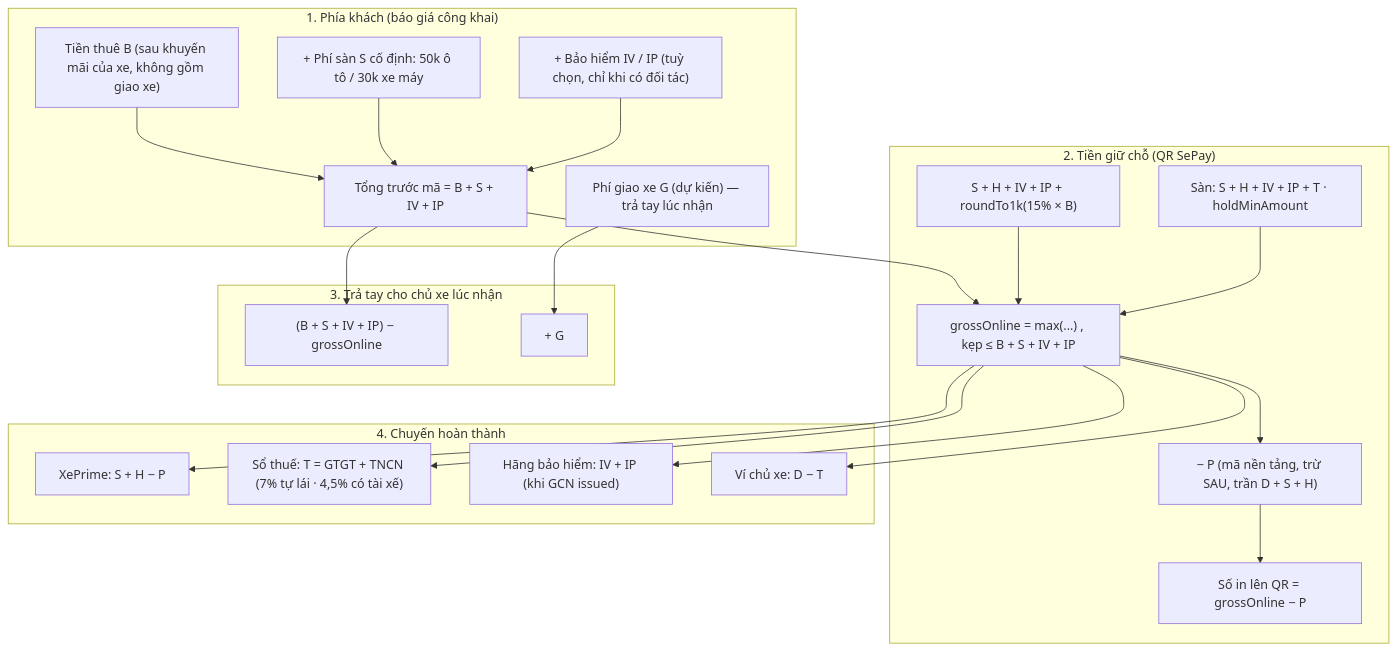
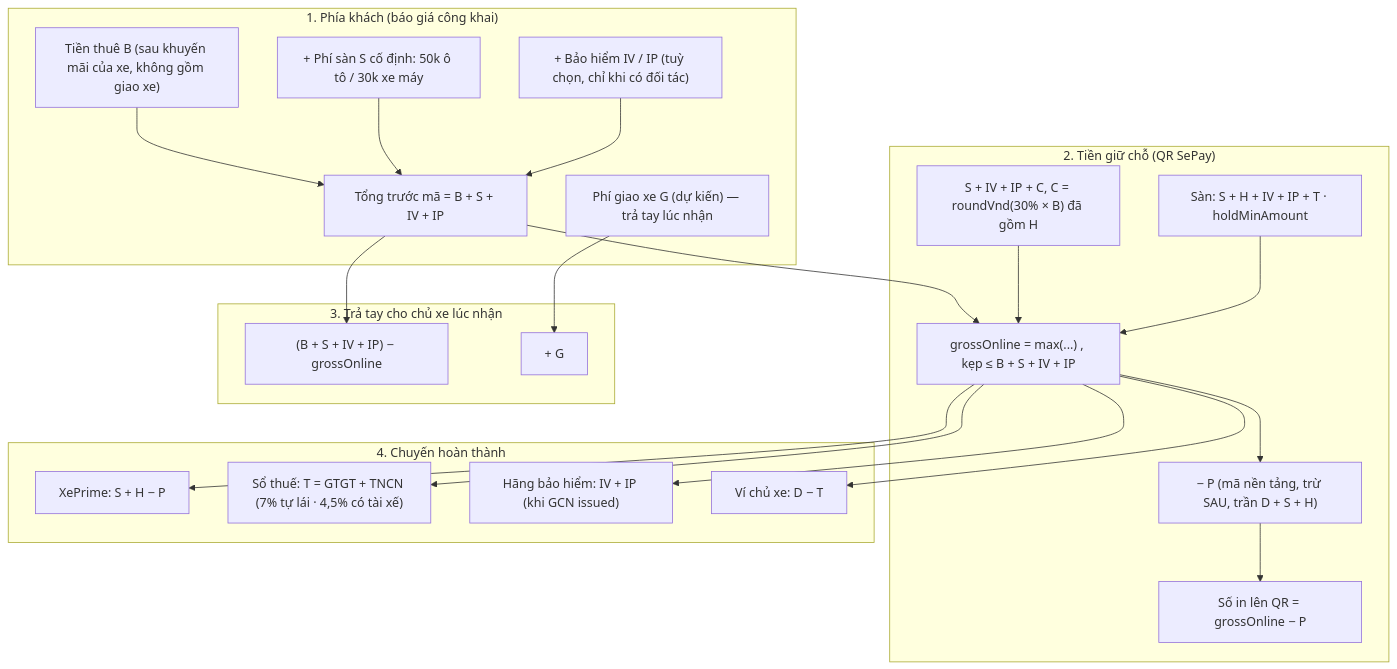
One commit to daihanhbvt/xeprime changed the first of 2 diagrams in docs/financial-system-architecture.md. Above: the diagram before and after it, drawn with Mermaid. The commit also changed other lines of this file and 37 other files, not shown here.

````diff
--- a/docs/financial-system-architecture.md
+++ b/docs/financial-system-architecture.md
@@ -33,37 +33,37 @@
 ```mermaid
 flowchart TD
     subgraph Khach ["1. Phía khách (báo giá công khai)"]
         Rent["Tiền thuê B (sau khuyến mãi của xe, không gồm giao xe)"]
         Fee["+ Phí sàn S cố định: 50k ô tô / 30k xe máy"]
         Ins["+ Bảo hiểm IV / IP (tuỳ chọn, chỉ khi có đối tác)"]
         Gross["Tổng trước mã = B + S + IV + IP"]
         Deliv["Phí giao xe G (dự kiến) — trả tay lúc nhận"]
         Rent & Fee & Ins --> Gross
     end
 
     subgraph Online ["2. Tiền giữ chỗ (QR SePay)"]
-        Pct["S + H + IV + IP + roundTo1k(15% × B)"]
+        Pct["S + IV + IP + C, C = roundVnd(30% × B) đã gồm H"]
         Floor["Sàn: S + H + IV + IP + T · holdMinAmount"]
         GOnline["grossOnline = max(...) , kẹp ≤ B + S + IV + IP"]
         Promo["− P (mã nền tảng, trừ SAU, trần D + S + H)"]
         QR["Số in lên QR = grossOnline − P"]
         Gross --> GOnline
         Pct --> GOnline
         Floor --> GOnline --> Promo --> QR
     end
 
     subgraph Pickup ["3. Trả tay cho chủ xe lúc nhận"]
         Rest["(B + S + IV + IP) − grossOnline"]
         PlusG["+ G"]
         Gross --> Rest
         Deliv --> PlusG
     end
 
     subgraph Settle ["4. Chuyến hoàn thành"]
         Plat["XePrime: S + H − P"]
         Tax["Sổ thuế: T = GTGT + TNCN (7% tự lái · 4,5% có tài xế)"]
         Insurer["Hãng bảo hiểm: IV + IP (khi GCN issued)"]
         Wallet["Ví chủ xe: D − T"]
         GOnline --> Plat & Tax & Insurer & Wallet
     end
 ```
````
